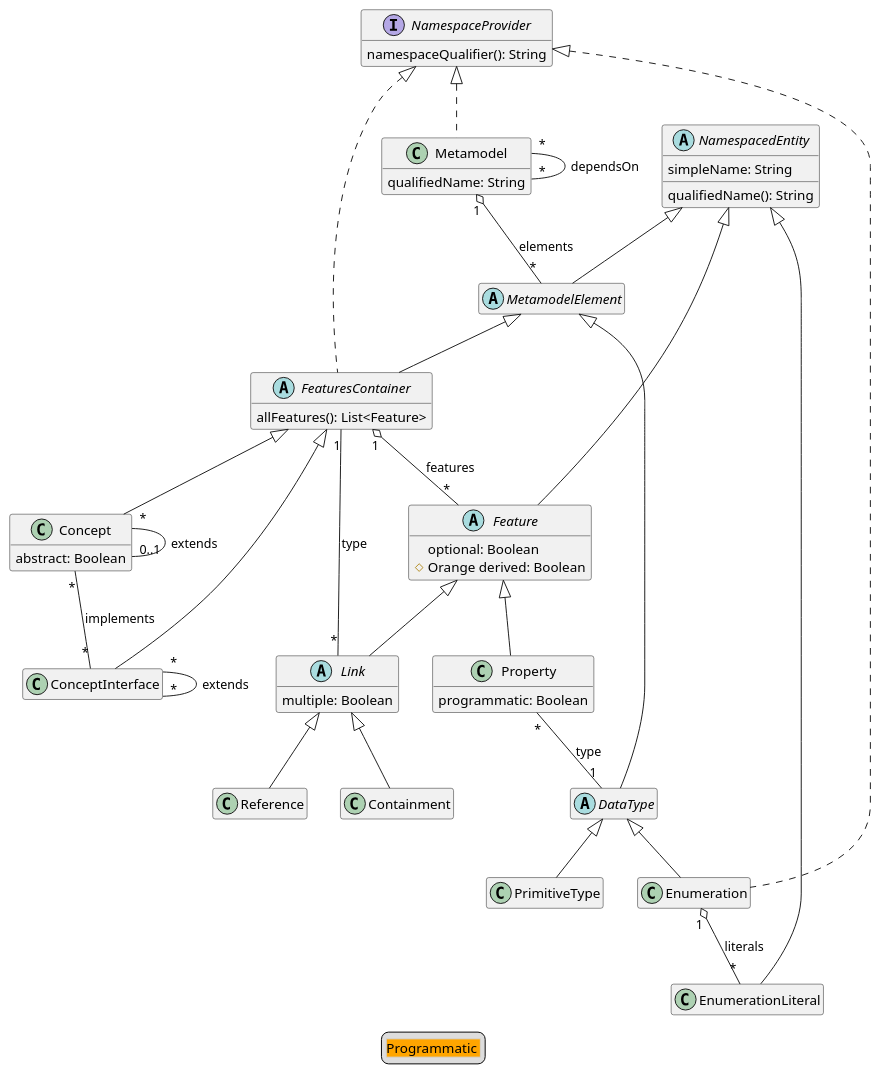
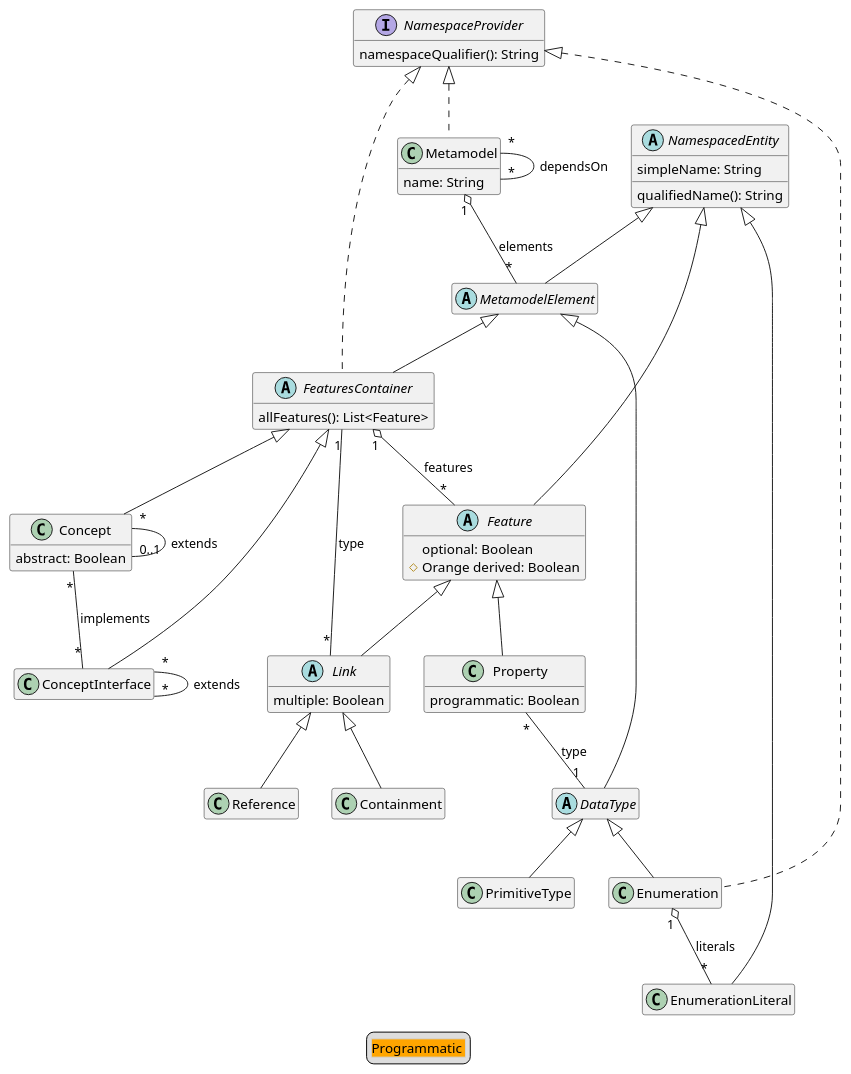
Before and after one commit to LionWeb-io/lionweb-typescript: the diagram in diagrams/metametamodel-gen.puml, drawn with PlantUML. The commit also changed 10 other files, not shown here.

Commit message:
rename LIonCore/M3.Metamodel.qualifiedName -> name

```diff
--- a/diagrams/metametamodel-gen.puml
+++ b/diagrams/metametamodel-gen.puml
@@ -1,83 +1,83 @@
 @startuml
 hide empty members
 
 ' qualified name: "LIonCore.M3"
 
 
 class Concept extends FeaturesContainer {
   abstract: Boolean
 }
 
 class ConceptInterface extends FeaturesContainer
 
 class Containment extends Link
 
 abstract class DataType extends MetamodelElement
 
 class Enumeration extends DataType implements NamespaceProvider
 
 class EnumerationLiteral extends NamespacedEntity
 
 abstract class Feature extends NamespacedEntity {
   optional: Boolean
   #Orange derived: Boolean
 }
 
 abstract class FeaturesContainer extends MetamodelElement implements NamespaceProvider {
   allFeatures(): List<Feature>
 }
 
 abstract class Link extends Feature {
   multiple: Boolean
 }
 
 class Metamodel implements NamespaceProvider {
-  qualifiedName: String
+  name: String
 }
 
 abstract class MetamodelElement extends NamespacedEntity
 
 interface NamespaceProvider {
   namespaceQualifier(): String
 }
 
 abstract class NamespacedEntity {
   simpleName: String
   qualifiedName(): String
 }
 
 class PrimitiveType extends DataType
 
 class Property extends Feature {
   programmatic: Boolean
 }
 
 class Reference extends Link
 
 
 
 ' relations:
 
 Concept "*" -- "0..1" Concept: extends
 Concept "*" -- "*" ConceptInterface: implements
 ConceptInterface "*" -- "*" ConceptInterface: extends
 
 
 Enumeration "1" o-- "*" EnumerationLiteral: literals
 
 
 FeaturesContainer "1" o-- "*" Feature: features
 Link "*" -- "1" FeaturesContainer: type
 Metamodel "1" o-- "*" MetamodelElement: elements
 Metamodel "*" -- "*" Metamodel: dependsOn
 
 
 
 
 Property "*" -- "1" DataType: type
 
 
 legend
   <#LightGray,#LightGray>| <#Orange>Programmatic |
 end legend
 @enduml
```
